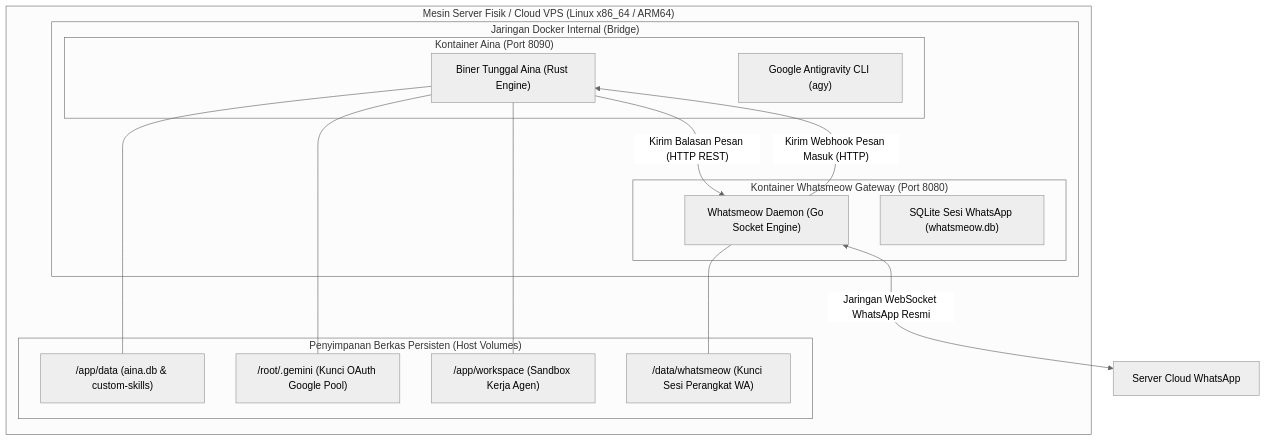
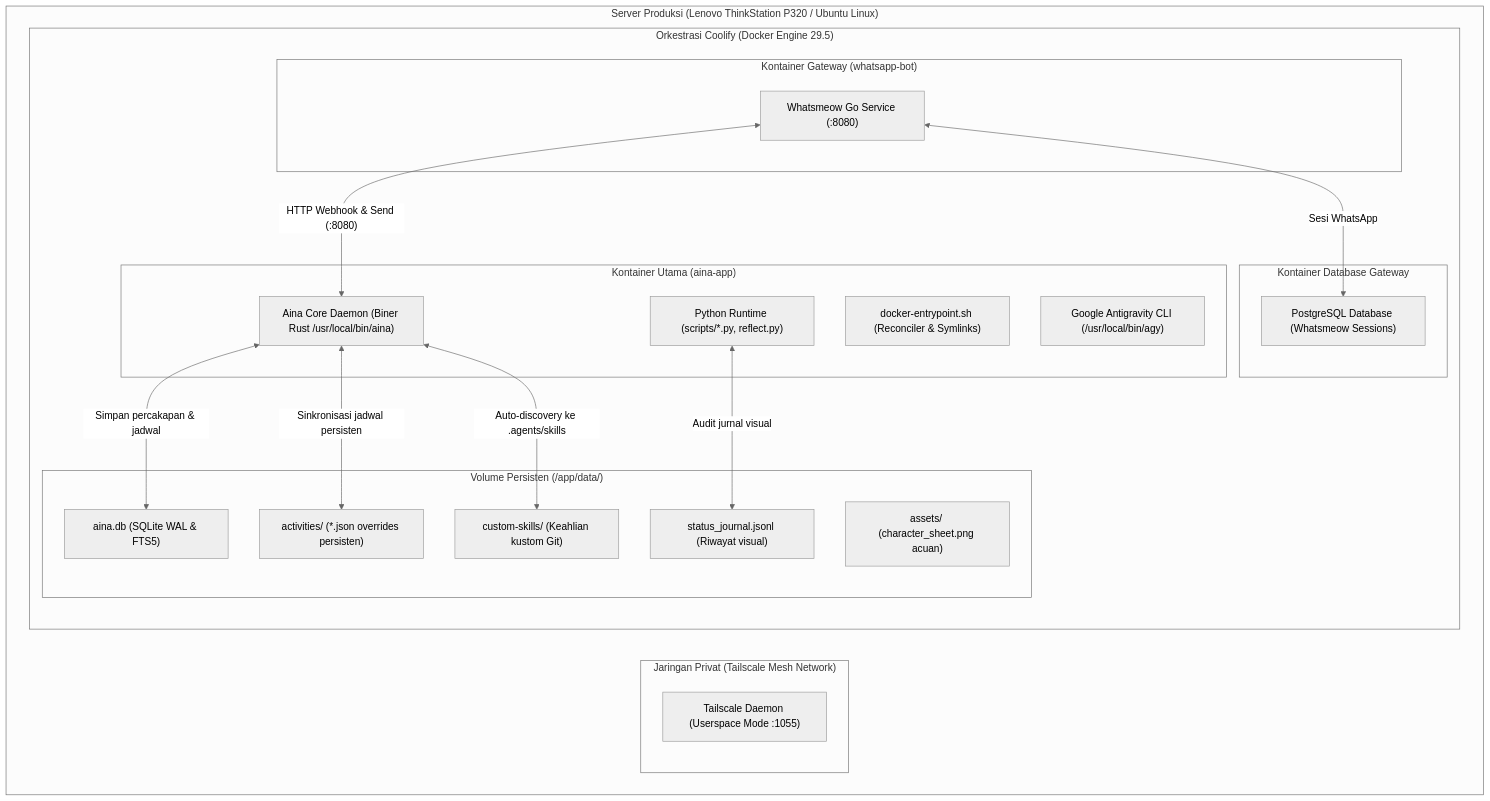
Before and after one commit to ipds6104/aina: the diagram in docs/architecture/07_deployment_view.md, drawn with Mermaid (neutral theme). The commit also changed other lines of this file and 11 other files, not shown here.

Commit message:
docs(arc42): update architecture documentation to baseline commit 1ee7597 with activity engine & reflection

````diff
--- a/docs/architecture/07_deployment_view.md
+++ b/docs/architecture/07_deployment_view.md
@@ -17,32 +17,40 @@
 ```mermaid
 flowchart TD
-    subgraph ServerHost ["Mesin Server Fisik / Cloud VPS (Linux x86_64 / ARM64)"]
-        subgraph DockerNet ["Jaringan Docker Internal (Bridge)"]
-            subgraph AinaContainer ["Kontainer Aina (Port 8090)"]
-                AppBin["Biner Tunggal Aina (Rust Engine)"]
-                AppCLI["Google Antigravity CLI (agy)"]
-            end
-            
-            subgraph WhatsmeowContainer ["Kontainer Whatsmeow Gateway (Port 8080)"]
-                WaDaemon["Whatsmeow Daemon (Go Socket Engine)"]
-                WaDB["SQLite Sesi WhatsApp (whatsmeow.db)"]
-            end
+    subgraph HostServer ["Server Produksi (Lenovo ThinkStation P320 / Ubuntu Linux)"]
+        subgraph MeshNet ["Jaringan Privat (Tailscale Mesh Network)"]
+            Tailscale["Tailscale Daemon (Userspace Mode :1055)"]
         end
 
-        subgraph HostStorage ["Penyimpanan Berkas Persisten (Host Volumes)"]
-            VolData["/app/data (aina.db & custom-skills)"]
-            VolAuth["/root/.gemini (Kunci OAuth Google Pool)"]
-            VolWorkspace["/app/workspace (Sandbox Kerja Agen)"]
-            VolWaData["/data/whatsmeow (Kunci Sesi Perangkat WA)"]
+        subgraph CoolifyOrch ["Orkestrasi Coolify (Docker Engine 29.5)"]
+            subgraph AinaApp ["Kontainer Utama (aina-app)"]
+                RustCore["Aina Core Daemon (Biner Rust /usr/local/bin/aina)"]
+                Entrypoint["docker-entrypoint.sh (Reconciler & Symlinks)"]
+                PythonVenv["Python Runtime (scripts/*.py, reflect.py)"]
+                AGYCli["Google Antigravity CLI (/usr/local/bin/agy)"]
+            end
+
+            subgraph WAApp ["Kontainer Gateway (whatsapp-bot)"]
+                WhatsmeowService["Whatsmeow Go Service (:8080)"]
+            end
+
+            subgraph WADatabase ["Kontainer Database Gateway"]
+                PostgresWA["PostgreSQL Database (Whatsmeow Sessions)"]
+            end
+
+            subgraph PersistentStorage ["Volume Persisten (/app/data/)"]
+                DBFile["aina.db (SQLite WAL & FTS5)"]
+                ActFolder["activities/ (*.json overrides persisten)"]
+                CustomSkillsFolder["custom-skills/ (Keahlian kustom Git)"]
+                AssetsFolder["assets/ (character_sheet.png acuan)"]
+                JournalFile["status_journal.jsonl (Riwayat visual)"]
+            end
         end
     end
 
-    WaDaemon <-->|"Jaringan WebSocket WhatsApp Resmi"| WhatsAppCloud["Server Cloud WhatsApp"]
-    WaDaemon -->|"Kirim Webhook Pesan Masuk (HTTP)"| AppBin
-    AppBin -->|"Kirim Balasan Pesan (HTTP REST)"| WaDaemon
-
-    AppBin --- VolData
-    AppBin --- VolAuth
-    AppBin --- VolWorkspace
-    WaDaemon --- VolWaData
+    WhatsmeowService <-->|"HTTP Webhook & Send (:8080)"| RustCore
+    WhatsmeowService <-->|"Sesi WhatsApp"| PostgresWA
+    RustCore <-->|"Simpan percakapan & jadwal"| DBFile
+    RustCore <-->|"Sinkronisasi jadwal persisten"| ActFolder
+    RustCore <-->|"Auto-discovery ke .agents/skills"| CustomSkillsFolder
+    PythonVenv <-->|"Audit jurnal visual"| JournalFile
 ```
````
